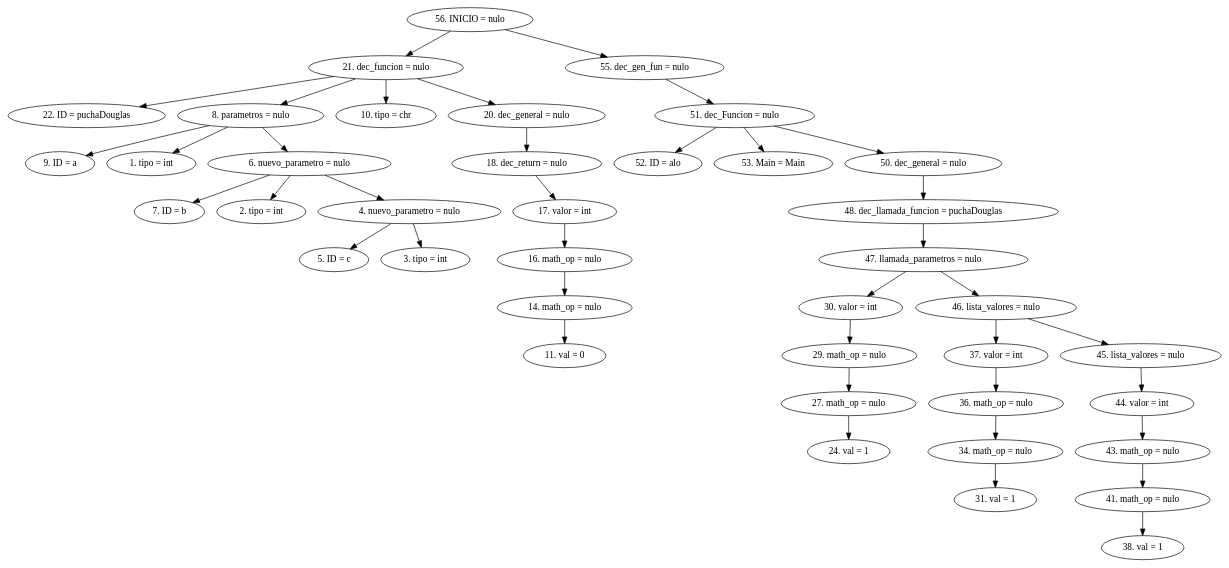
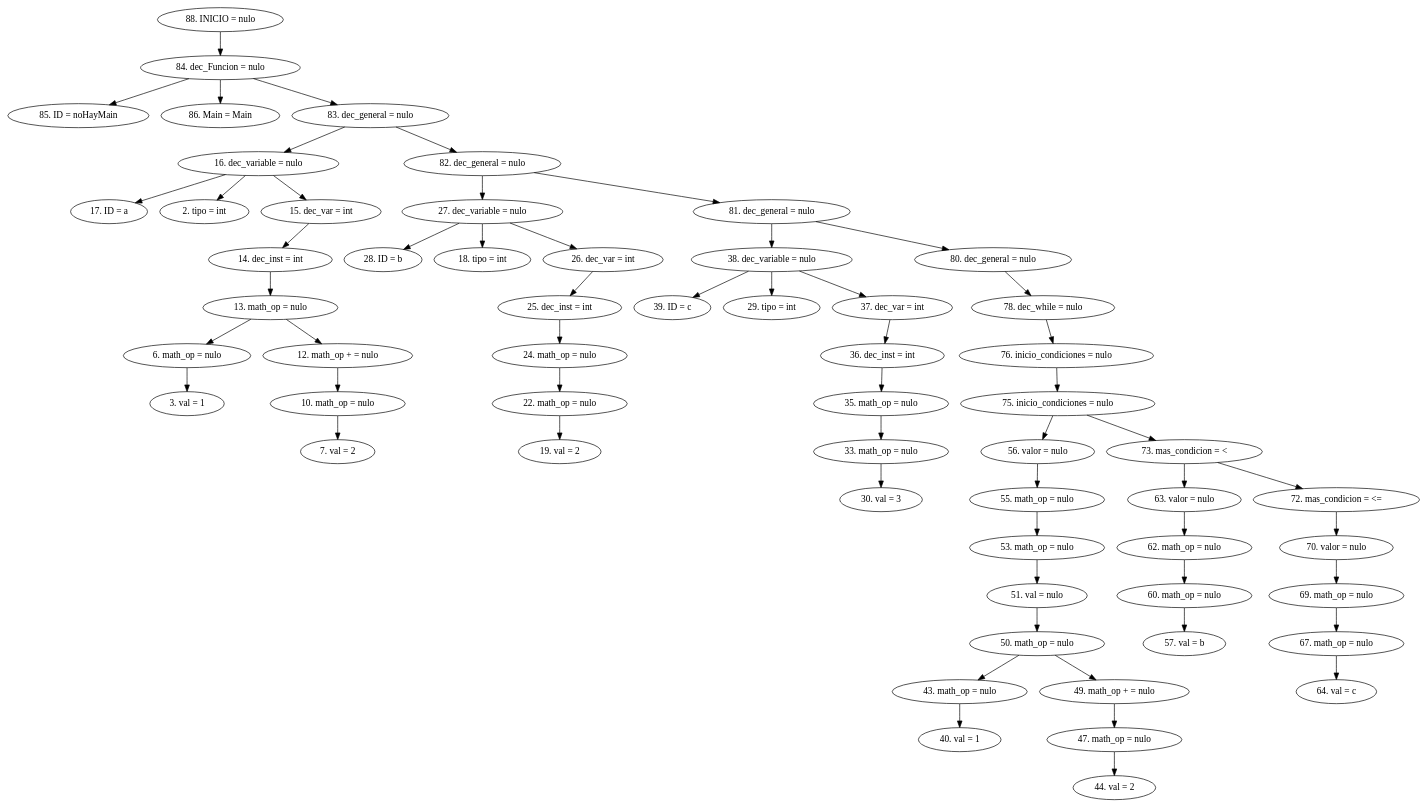
The diagram in AST.dot (CarlosSosVos/NACHTs), drawn with Graphviz before and after one commit. The commit also changed 22 other files, not shown here.

```diff
--- a/AST.dot
+++ b/AST.dot
@@ -1,43 +1,61 @@
 digraph G {
-"56. INICIO = nulo"->"21. dec_funcion = nulo"
-"21. dec_funcion = nulo"->"22. ID = puchaDouglas"
-"21. dec_funcion = nulo"->"8. parametros = nulo"
-"8. parametros = nulo"->"9. ID = a"
-"8. parametros = nulo"->"1. tipo = int"
-"8. parametros = nulo"->"6. nuevo_parametro = nulo"
-"6. nuevo_parametro = nulo"->"7. ID = b"
-"6. nuevo_parametro = nulo"->"2. tipo = int"
-"6. nuevo_parametro = nulo"->"4. nuevo_parametro = nulo"
-"4. nuevo_parametro = nulo"->"5. ID = c"
-"4. nuevo_parametro = nulo"->"3. tipo = int"
-"21. dec_funcion = nulo"->"10. tipo = chr"
-"21. dec_funcion = nulo"->"20. dec_general = nulo"
-"20. dec_general = nulo"->"18. dec_return = nulo"
-"18. dec_return = nulo"->"17. valor = int"
-"17. valor = int"->"16. math_op = nulo"
-"16. math_op = nulo"->"14. math_op = nulo"
-"14. math_op = nulo"->"11. val = 0"
-"56. INICIO = nulo"->"55. dec_gen_fun = nulo"
-"55. dec_gen_fun = nulo"->"51. dec_Funcion = nulo"
-"51. dec_Funcion = nulo"->"52. ID = alo"
-"51. dec_Funcion = nulo"->"53. Main = Main"
-"51. dec_Funcion = nulo"->"50. dec_general = nulo"
-"50. dec_general = nulo"->"48. dec_llamada_funcion = puchaDouglas"
-"48. dec_llamada_funcion = puchaDouglas"->"47. llamada_parametros = nulo"
-"47. llamada_parametros = nulo"->"30. valor = int"
-"30. valor = int"->"29. math_op = nulo"
-"29. math_op = nulo"->"27. math_op = nulo"
-"27. math_op = nulo"->"24. val = 1"
-"47. llamada_parametros = nulo"->"46. lista_valores = nulo"
-"46. lista_valores = nulo"->"37. valor = int"
-"37. valor = int"->"36. math_op = nulo"
-"36. math_op = nulo"->"34. math_op = nulo"
-"34. math_op = nulo"->"31. val = 1"
-"46. lista_valores = nulo"->"45. lista_valores = nulo"
-"45. lista_valores = nulo"->"44. valor = int"
-"44. valor = int"->"43. math_op = nulo"
-"43. math_op = nulo"->"41. math_op = nulo"
-"41. math_op = nulo"->"38. val = 1"
+"88. INICIO = nulo"->"84. dec_Funcion = nulo"
+"84. dec_Funcion = nulo"->"85. ID = noHayMain"
+"84. dec_Funcion = nulo"->"86. Main = Main"
+"84. dec_Funcion = nulo"->"83. dec_general = nulo"
+"83. dec_general = nulo"->"16. dec_variable = nulo"
+"16. dec_variable = nulo"->"17. ID = a"
+"16. dec_variable = nulo"->"2. tipo = int"
+"16. dec_variable = nulo"->"15. dec_var = int"
+"15. dec_var = int"->"14. dec_inst = int"
+"14. dec_inst = int"->"13. math_op = nulo"
+"13. math_op = nulo"->"6. math_op = nulo"
+"6. math_op = nulo"->"3. val = 1"
+"13. math_op = nulo"->"12. math_op + = nulo"
+"12. math_op + = nulo"->"10. math_op = nulo"
+"10. math_op = nulo"->"7. val = 2"
+"83. dec_general = nulo"->"82. dec_general = nulo"
+"82. dec_general = nulo"->"27. dec_variable = nulo"
+"27. dec_variable = nulo"->"28. ID = b"
+"27. dec_variable = nulo"->"18. tipo = int"
+"27. dec_variable = nulo"->"26. dec_var = int"
+"26. dec_var = int"->"25. dec_inst = int"
+"25. dec_inst = int"->"24. math_op = nulo"
+"24. math_op = nulo"->"22. math_op = nulo"
+"22. math_op = nulo"->"19. val = 2"
+"82. dec_general = nulo"->"81. dec_general = nulo"
+"81. dec_general = nulo"->"38. dec_variable = nulo"
+"38. dec_variable = nulo"->"39. ID = c"
+"38. dec_variable = nulo"->"29. tipo = int"
+"38. dec_variable = nulo"->"37. dec_var = int"
+"37. dec_var = int"->"36. dec_inst = int"
+"36. dec_inst = int"->"35. math_op = nulo"
+"35. math_op = nulo"->"33. math_op = nulo"
+"33. math_op = nulo"->"30. val = 3"
+"81. dec_general = nulo"->"80. dec_general = nulo"
+"80. dec_general = nulo"->"78. dec_while = nulo"
+"78. dec_while = nulo"->"76. inicio_condiciones = nulo"
+"76. inicio_condiciones = nulo"->"75. inicio_condiciones = nulo"
+"75. inicio_condiciones = nulo"->"56. valor = nulo"
+"56. valor = nulo"->"55. math_op = nulo"
+"55. math_op = nulo"->"53. math_op = nulo"
+"53. math_op = nulo"->"51. val = nulo"
+"51. val = nulo"->"50. math_op = nulo"
+"50. math_op = nulo"->"43. math_op = nulo"
+"43. math_op = nulo"->"40. val = 1"
+"50. math_op = nulo"->"49. math_op + = nulo"
+"49. math_op + = nulo"->"47. math_op = nulo"
+"47. math_op = nulo"->"44. val = 2"
+"75. inicio_condiciones = nulo"->"73. mas_condicion = <"
+"73. mas_condicion = <"->"63. valor = nulo"
+"63. valor = nulo"->"62. math_op = nulo"
+"62. math_op = nulo"->"60. math_op = nulo"
+"60. math_op = nulo"->"57. val = b"
+"73. mas_condicion = <"->"72. mas_condicion = <="
+"72. mas_condicion = <="->"70. valor = nulo"
+"70. valor = nulo"->"69. math_op = nulo"
+"69. math_op = nulo"->"67. math_op = nulo"
+"67. math_op = nulo"->"64. val = c"
 
 
 }
```
